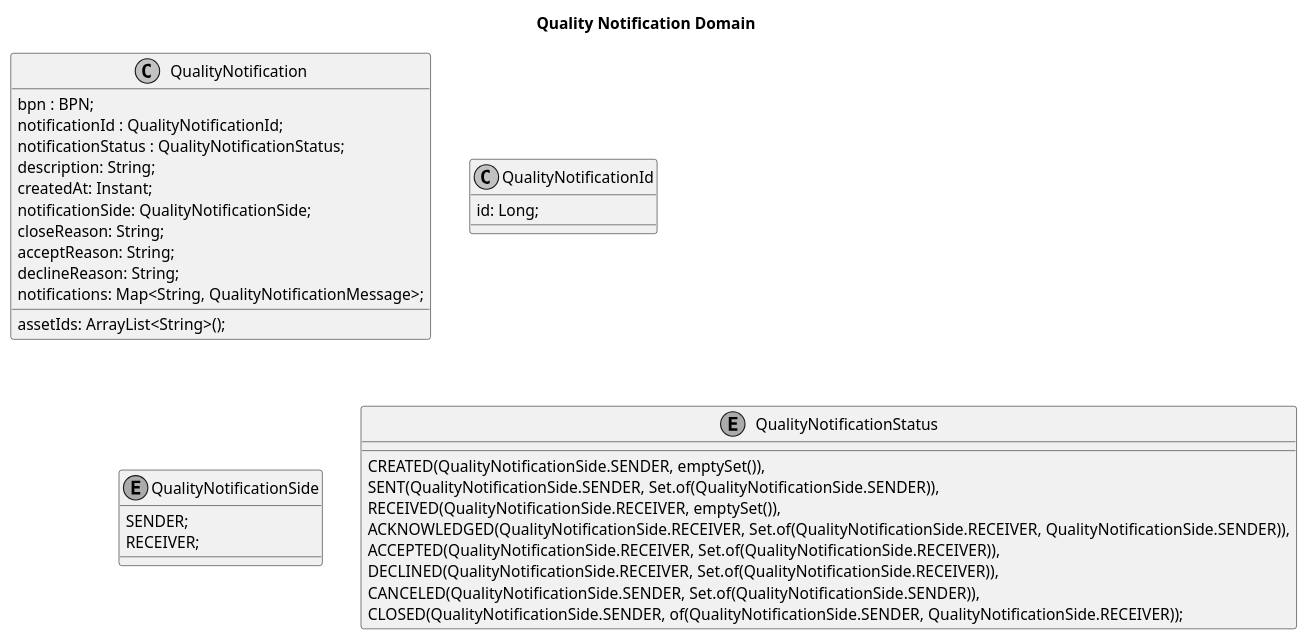
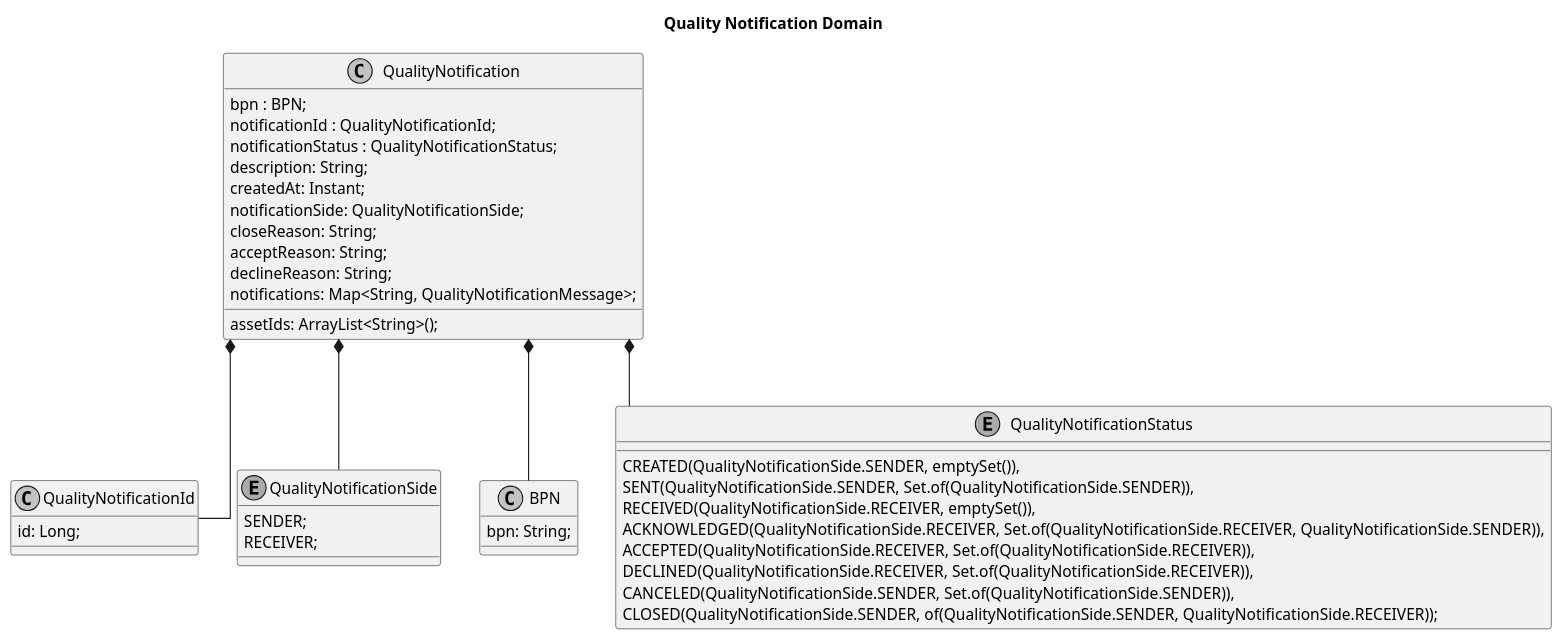
The diagram in docs/src/uml-diagrams/arc42/cross-cutting/domain-model/domain-model-quality-notifications.puml (eclipse-tractusx/traceability-foss), drawn with PlantUML before and after one commit. The commit also changed other lines of this file, not shown here.

Commit message:
feat(notifications): 423 - Adding notification domain diagram to domain cross cutting concepts.

```diff
--- a/docs/src/uml-diagrams/arc42/cross-cutting/domain-model/domain-model-quality-notifications.puml
+++ b/docs/src/uml-diagrams/arc42/cross-cutting/domain-model/domain-model-quality-notifications.puml
@@ -1,41 +1,49 @@
 @startuml
 skinparam monochrome true
 skinparam shadowing false
 skinparam defaultFontName "Architects daughter"
 skinparam linetype ortho
 title: Quality Notification Domain
 
 class QualityNotification {
     bpn : BPN;
     notificationId : QualityNotificationId;
     notificationStatus : QualityNotificationStatus;
     description: String;
     createdAt: Instant;
     notificationSide: QualityNotificationSide;
     assetIds: ArrayList<String>();
     closeReason: String;
     acceptReason: String;
     declineReason: String;
     notifications: Map<String, QualityNotificationMessage>;
 }
 
 class QualityNotificationId {
 id: Long;
 }
 
 enum QualityNotificationSide{
     SENDER;
     RECEIVER;
 }
+class BPN{
+bpn: String;
+}
 
 enum QualityNotificationStatus{
  CREATED(QualityNotificationSide.SENDER, emptySet()),
     SENT(QualityNotificationSide.SENDER, Set.of(QualityNotificationSide.SENDER)),
     RECEIVED(QualityNotificationSide.RECEIVER, emptySet()),
     ACKNOWLEDGED(QualityNotificationSide.RECEIVER, Set.of(QualityNotificationSide.RECEIVER, QualityNotificationSide.SENDER)),
     ACCEPTED(QualityNotificationSide.RECEIVER, Set.of(QualityNotificationSide.RECEIVER)),
     DECLINED(QualityNotificationSide.RECEIVER, Set.of(QualityNotificationSide.RECEIVER)),
     CANCELED(QualityNotificationSide.SENDER, Set.of(QualityNotificationSide.SENDER)),
     CLOSED(QualityNotificationSide.SENDER, of(QualityNotificationSide.SENDER, QualityNotificationSide.RECEIVER));
  }
+
+QualityNotification *-- QualityNotificationId
+QualityNotification *-- BPN
+QualityNotification *-- QualityNotificationStatus
+QualityNotification *-- QualityNotificationSide
 @enduml
```
